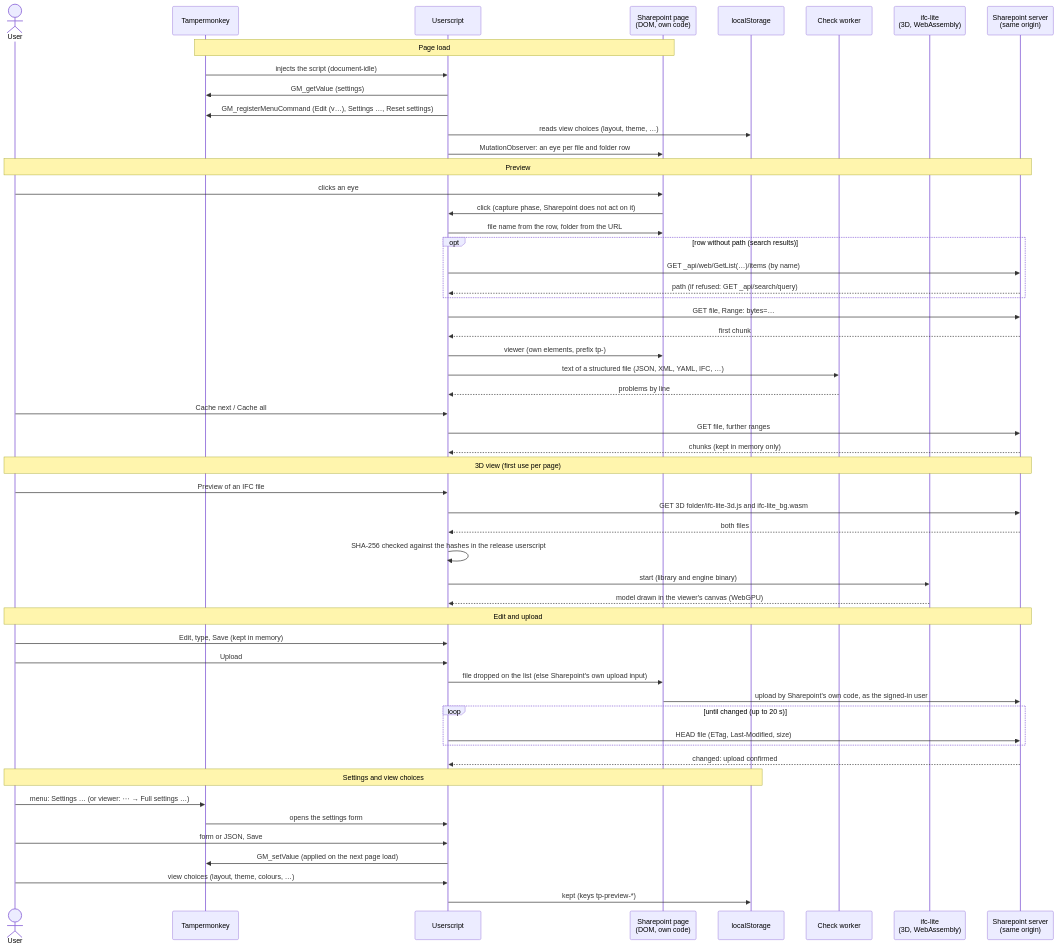
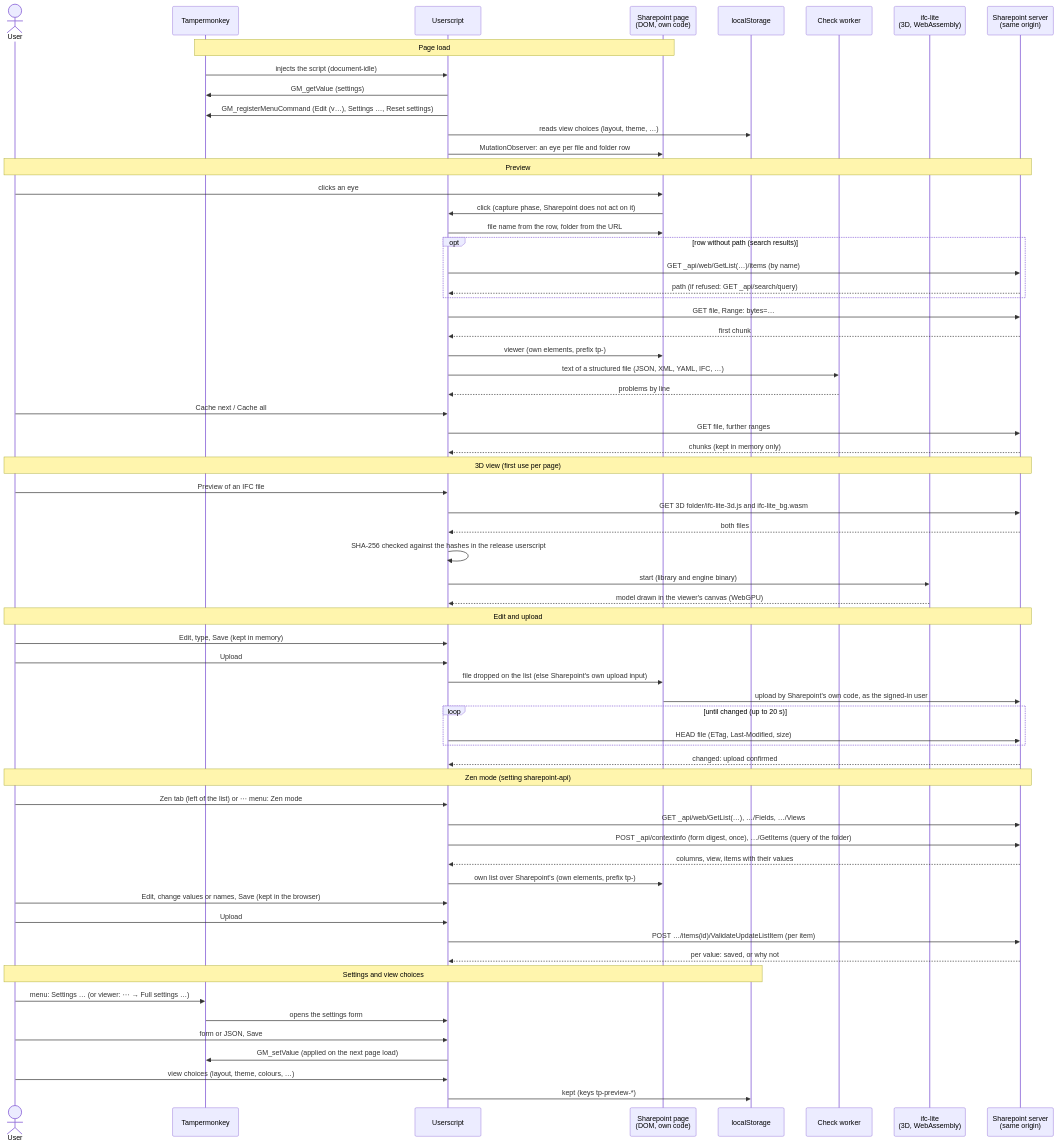
Before and after one commit to raj-open/sharepoint-previewer: the diagram in NOTES.md, drawn with Mermaid. The commit also changed other lines of this file and 5 other files, not shown here.

First line of the commit message:
story-zen-mode > staging: docs and demo scripts for Zen mode (screenshots to follow)

````diff
--- a/NOTES.md
+++ b/NOTES.md
@@ -64,61 +72,72 @@
 ```mermaid
 sequenceDiagram
     actor User
     participant TM as Tampermonkey
     participant US as Userscript
     participant Page as Sharepoint page<br>(DOM, own code)
     participant LS as localStorage
     participant W as Check worker
     participant IFC as ifc-lite<br>(3D, WebAssembly)
     participant SP as Sharepoint server<br>(same origin)
 
     Note over TM,Page: Page load
     TM->>US: injects the script (document-idle)
     US->>TM: GM_getValue (settings)
     US->>TM: GM_registerMenuCommand (Edit (v…), Settings …, Reset settings)
     US->>LS: reads view choices (layout, theme, …)
     US->>Page: MutationObserver: an eye per file and folder row
 
     Note over User,SP: Preview
     User->>Page: clicks an eye
     Page->>US: click (capture phase, Sharepoint does not act on it)
     US->>Page: file name from the row, folder from the URL
     opt row without path (search results)
         US->>SP: GET _api/web/GetList(…)/items (by name)
         SP-->>US: path (if refused: GET _api/search/query)
     end
     US->>SP: GET file, Range: bytes=…
     SP-->>US: first chunk
     US->>Page: viewer (own elements, prefix tp-)
     US->>W: text of a structured file (JSON, XML, YAML, IFC, …)
     W-->>US: problems by line
     User->>US: Cache next / Cache all
     US->>SP: GET file, further ranges
     SP-->>US: chunks (kept in memory only)
 
     Note over User,SP: 3D view (first use per page)
     User->>US: Preview of an IFC file
     US->>SP: GET 3D folder/ifc-lite-3d.js and ifc-lite_bg.wasm
     SP-->>US: both files
     US->>US: SHA-256 checked against the hashes in the release userscript
     US->>IFC: start (library and engine binary)
     IFC-->>US: model drawn in the viewer's canvas (WebGPU)
 
     Note over User,SP: Edit and upload
     User->>US: Edit, type, Save (kept in memory)
     User->>US: Upload
     US->>Page: file dropped on the list (else Sharepoint's own upload input)
     Page->>SP: upload by Sharepoint's own code, as the signed-in user
     loop until changed (up to 20 s)
         US->>SP: HEAD file (ETag, Last-Modified, size)
     end
     SP-->>US: changed: upload confirmed
 
+    Note over User,SP: Zen mode (setting sharepoint-api)
+    User->>US: Zen tab (left of the list) or ⋯ menu: Zen mode
+    US->>SP: GET _api/web/GetList(…), …/Fields, …/Views
+    US->>SP: POST _api/contextinfo (form digest, once), …/GetItems (query of the folder)
+    SP-->>US: columns, view, items with their values
+    US->>Page: own list over Sharepoint's (own elements, prefix tp-)
+    User->>US: Edit, change values or names, Save (kept in the browser)
+    User->>US: Upload
+    US->>SP: POST …/items(id)/ValidateUpdateListItem (per item)
+    SP-->>US: per value: saved, or why not
+
     Note over User,LS: Settings and view choices
     User->>TM: menu: Settings … (or viewer: ⋯ → Full settings …)
     TM->>US: opens the settings form
     User->>US: form or JSON, Save
     US->>TM: GM_setValue (applied on the next page load)
     User->>US: view choices (layout, theme, colours, …)
     US->>LS: kept (keys tp-preview-*)
 ```
````
